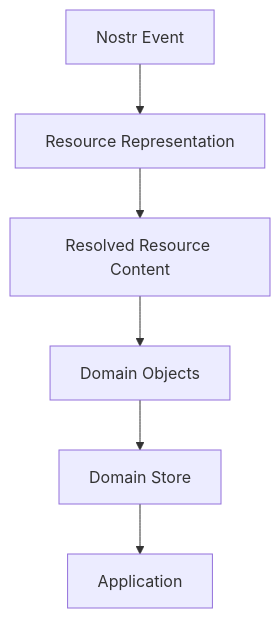
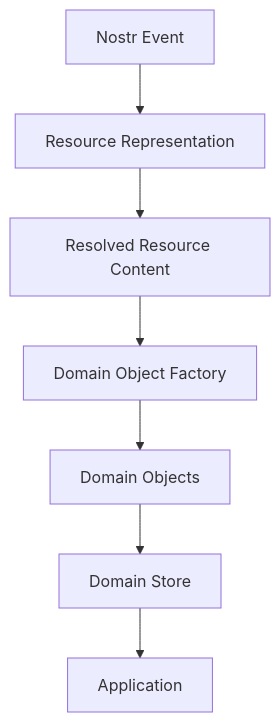
Diagram 11 of 12 in docs/architecture/0002-domain-resource-model.md (kjvonly/kjvonly.bible), drawn with Mermaid before and after one commit. The commit also changed other lines of this file and 3 other files, not shown here.

````diff
--- a/docs/architecture/0002-domain-resource-model.md
+++ b/docs/architecture/0002-domain-resource-model.md
@@ -717,15 +745,17 @@
 ```mermaid
 flowchart TD
 
     EVENT["Nostr Event"]
 
     EVENT --> REPRESENTATION["Resource Representation"]
 
     REPRESENTATION --> CONTENT["Resolved Resource Content"]
 
-    CONTENT --> OBJECTS["Domain Objects"]
+    CONTENT --> FACTORY["Domain Object Factory"]
+
+    FACTORY --> OBJECTS["Domain Objects"]
 
     OBJECTS --> STORE["Domain Store"]
 
     STORE --> APP["Application"]
 ```
````
